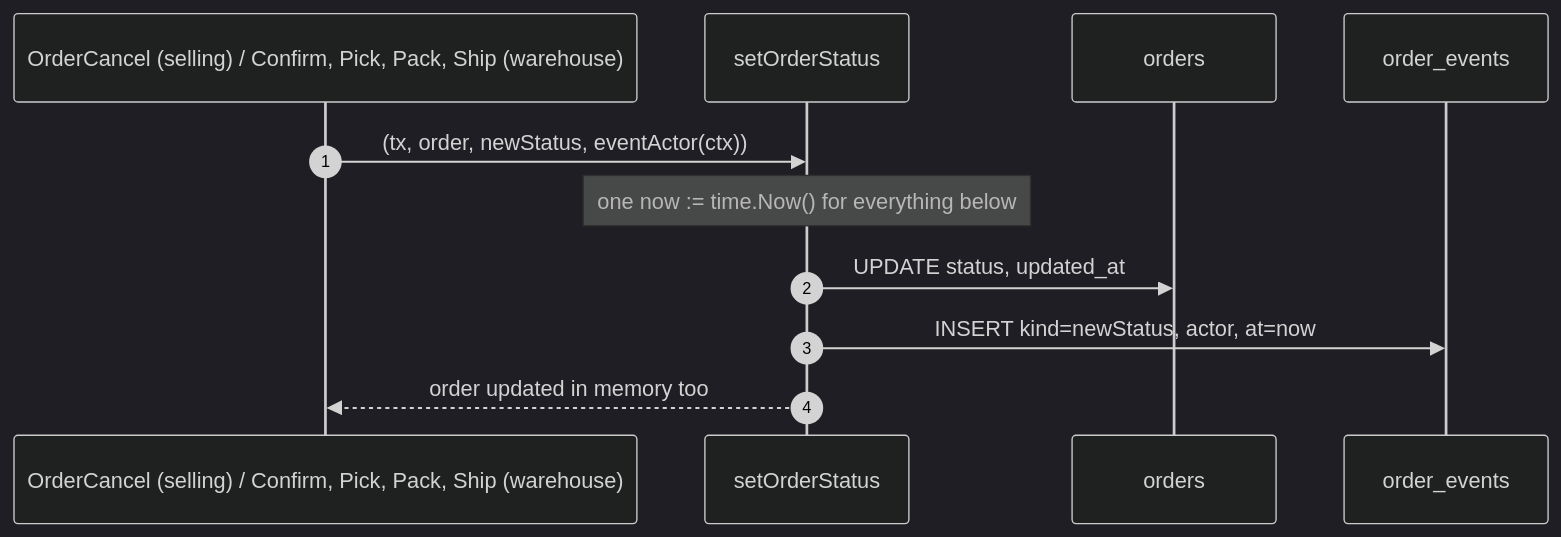
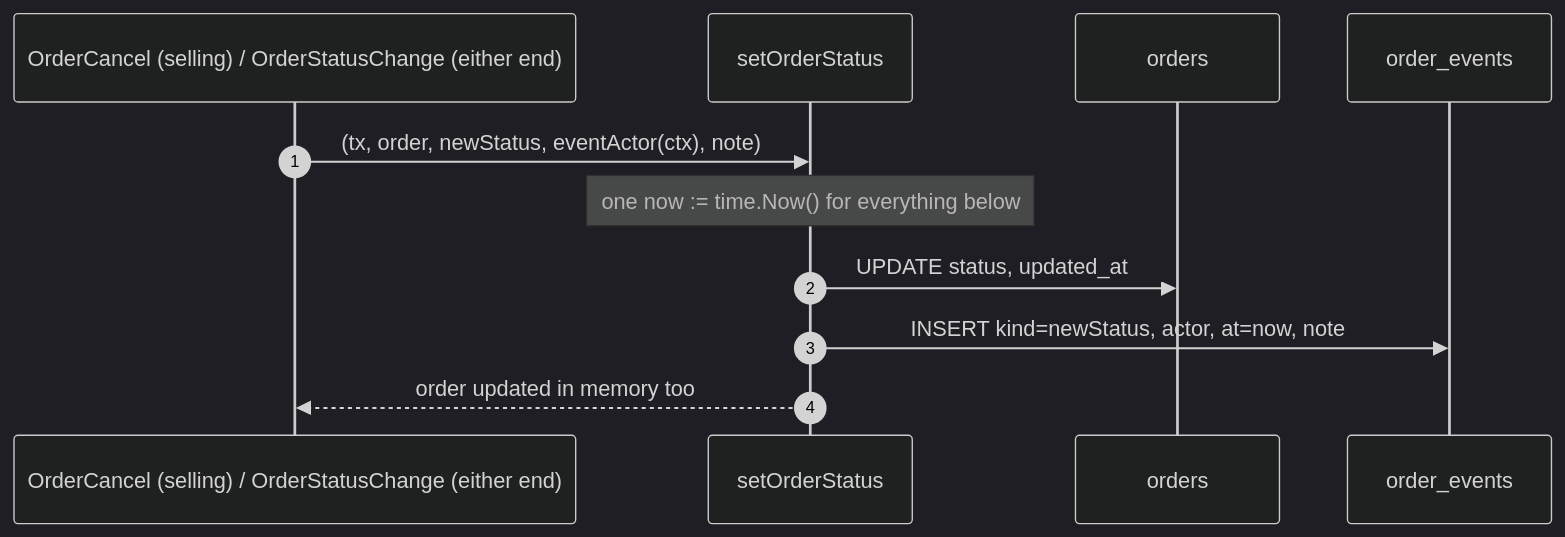
Before and after one commit to pdcgo/warehouse_revamp: the third of 11 diagrams in docs/services/selling_service/rpc.md, drawn with Mermaid (dark theme). The commit also changed other lines of this file and 161 other files, not shown here.

First line of the commit message:
feat(order): eleven statuses, one batch status move, settlement from events, return warehouse

````diff
--- a/docs/services/selling_service/rpc.md
+++ b/docs/services/selling_service/rpc.md
@@ -71,14 +101,14 @@
 ```mermaid
 sequenceDiagram
     autonumber
-    participant H as OrderCancel (selling) / Confirm, Pick, Pack, Ship (warehouse)
+    participant H as OrderCancel (selling) / OrderStatusChange (either end)
     participant S as setOrderStatus
     participant O as orders
     participant E as order_events
 
-    H->>S: (tx, order, newStatus, eventActor(ctx))
+    H->>S: (tx, order, newStatus, eventActor(ctx), note)
     Note over S: one now := time.Now() for everything below
     S->>O: UPDATE status, updated_at
-    S->>E: INSERT kind=newStatus, actor, at=now
+    S->>E: INSERT kind=newStatus, actor, at=now, note
     S-->>H: order updated in memory too
 ```
````
